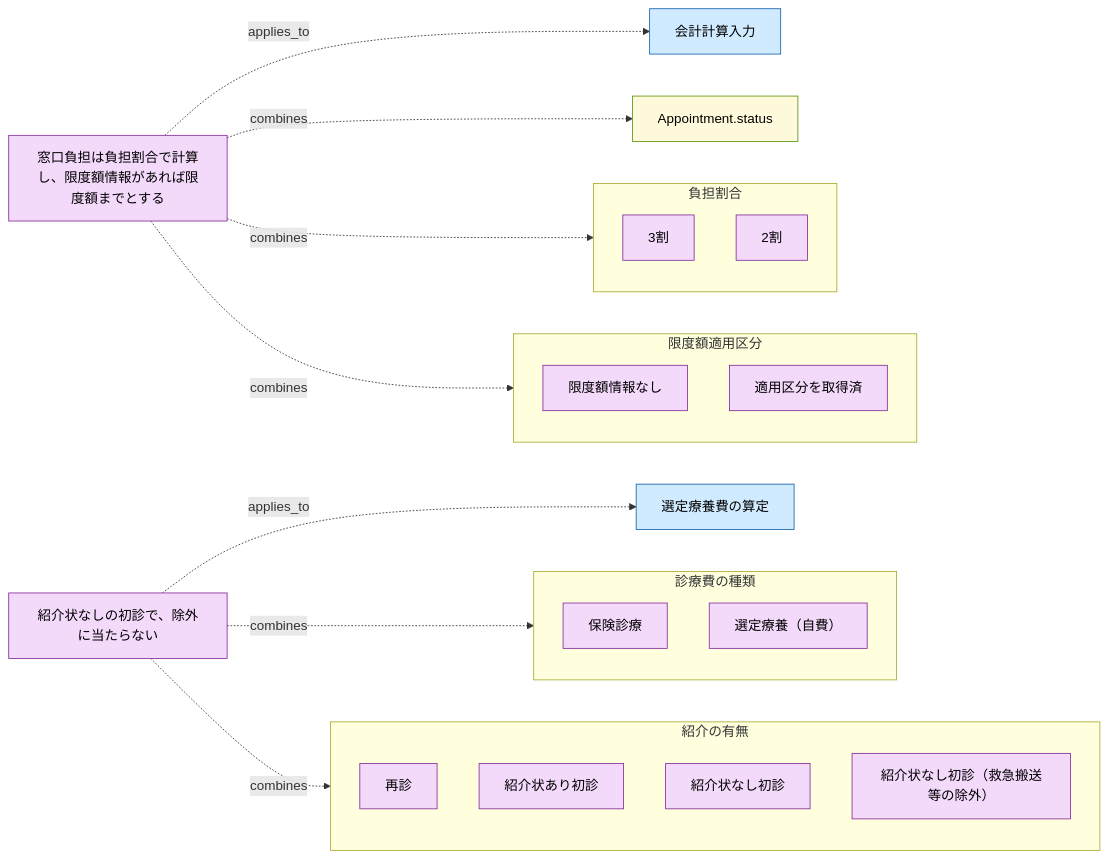
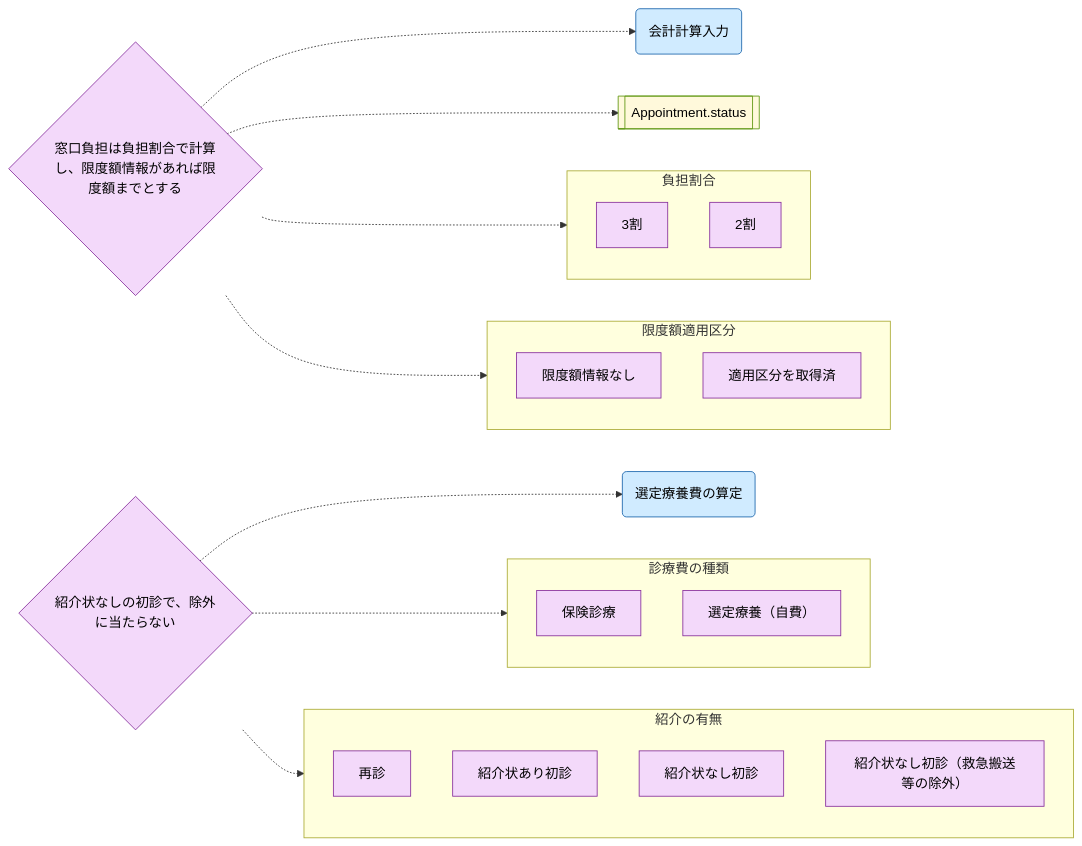
One commit to manji-0/rdra-ish-dsl changed the seventh of 11 diagrams in docs/diagram-sample-review.md. Above: the diagram before and after it, drawn with Mermaid. The commit also changed other lines of this file and 95 other files, not shown here.

````diff
--- a/docs/diagram-sample-review.md
+++ b/docs/diagram-sample-review.md
@@ -481,46 +483,46 @@
 ```mermaid
 %% rdra-ish diagram=condition scope=buc:BucVisitPayment model=samples/clinic-ops
 %% kinds: condition statemodel variation value usecase
 %% omitted: (none)
 flowchart LR
-  condition__CopayCappedAtLimit["窓口負担は負担割合で計算し、限度額情報があれば限度額までとする"]:::condition
-  condition__UnreferredFirstVisit["紹介状なしの初診で、除外に当たらない"]:::condition
+  condition__CopayCappedAtLimit{"窓口負担は負担割合で計算し、限度額情報があれば限度額までとする"}:::condition
+  condition__UnreferredFirstVisit{"紹介状なしの初診で、除外に当たらない"}:::condition
   %% holds condition__UnreferredFirstVisit: Charge.kind == 選定療養（自費）, Appointment.referral == 紹介状なし初診
-  statemodel__Appointment_status["Appointment.status"]:::statemodel
+  statemodel__Appointment_status[["Appointment.status"]]:::statemodel
   subgraph variation__BurdenRatio["負担割合"]
     variation__BurdenRatio__thirty["3割"]:::value
     variation__BurdenRatio__twenty["2割"]:::value
   end
   subgraph variation__ChargeKind["診療費の種類"]
     variation__ChargeKind__insured["保険診療"]:::value
     variation__ChargeKind__selectedtreatment["選定療養（自費）"]:::value
   end
   subgraph variation__LimitCategory["限度額適用区分"]
     variation__LimitCategory__notobtained["限度額情報なし"]:::value
     variation__LimitCategory__obtained["適用区分を取得済"]:::value
   end
   subgraph variation__ReferralCategory["紹介の有無"]
     variation__ReferralCategory__revisit["再診"]:::value
     variation__ReferralCategory__referred["紹介状あり初診"]:::value
     variation__ReferralCategory__unreferred["紹介状なし初診"]:::value
     variation__ReferralCategory__exempt["紹介状なし初診（救急搬送等の除外）"]:::value
   end
-  usecase__ApplySelectedTreatmentFee["選定療養費の算定"]:::usecase
+  usecase__ApplySelectedTreatmentFee("選定療養費の算定"):::usecase
   %% desc usecase__ApplySelectedTreatmentFee: 紹介状なし初診だけに選定療養費の Charge を作る。
-  usecase__CalculateVisitBill["会計計算入力"]:::usecase
+  usecase__CalculateVisitBill("会計計算入力"):::usecase
   %% desc usecase__CalculateVisitBill: 会計計算入力で予約を会計待ちにする。
-  condition__CopayCappedAtLimit -.->|applies_to| usecase__CalculateVisitBill
-  condition__CopayCappedAtLimit -.->|combines| statemodel__Appointment_status
-  condition__CopayCappedAtLimit -.->|combines| variation__BurdenRatio
-  condition__CopayCappedAtLimit -.->|combines| variation__LimitCategory
-  condition__UnreferredFirstVisit -.->|applies_to| usecase__ApplySelectedTreatmentFee
-  condition__UnreferredFirstVisit -.->|combines| variation__ChargeKind
+  condition__CopayCappedAtLimit -.-> usecase__CalculateVisitBill
+  condition__CopayCappedAtLimit -.-> statemodel__Appointment_status
+  condition__CopayCappedAtLimit -.-> variation__BurdenRatio
+  condition__CopayCappedAtLimit -.-> variation__LimitCategory
+  condition__UnreferredFirstVisit -.-> usecase__ApplySelectedTreatmentFee
+  condition__UnreferredFirstVisit -.-> variation__ChargeKind
   %% derived condition__UnreferredFirstVisit -> variation__ChargeKind from holds
-  condition__UnreferredFirstVisit -.->|combines| variation__ReferralCategory
+  condition__UnreferredFirstVisit -.-> variation__ReferralCategory
   %% derived condition__UnreferredFirstVisit -> variation__ReferralCategory from holds
   classDef condition fill:#f3d9fa,stroke:#862e9c,color:#000;
   classDef statemodel fill:#fff9db,stroke:#5c940d,color:#000;
   classDef variation fill:#f3d9fa,stroke:#862e9c,color:#000;
   classDef value fill:#f3d9fa,stroke:#862e9c,color:#000;
   classDef usecase fill:#d0ebff,stroke:#1864ab,color:#000;
 ```
````
